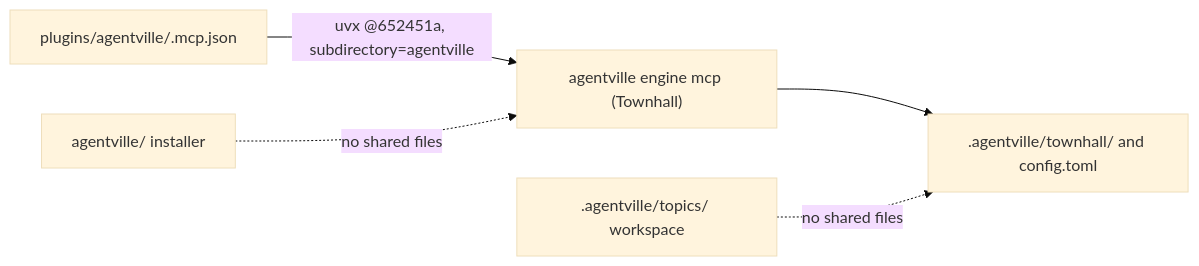
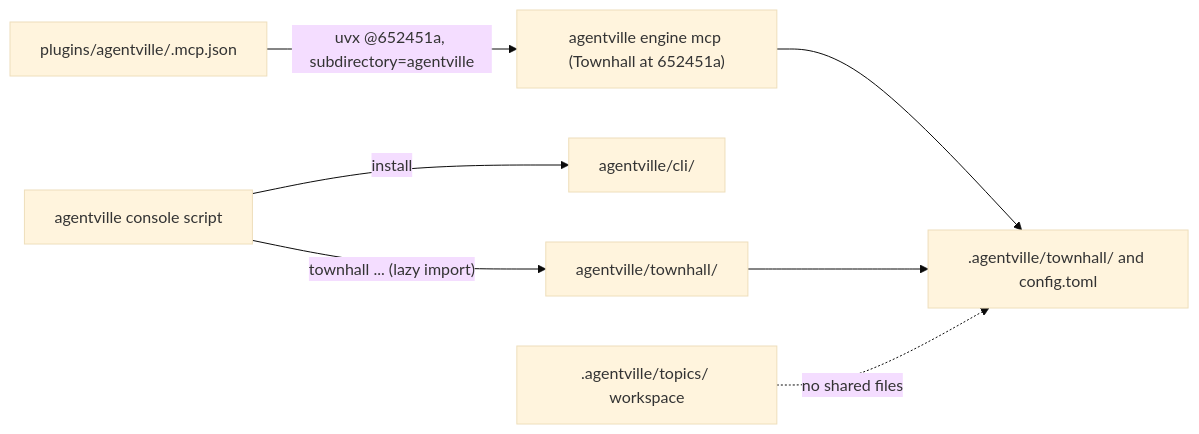
One commit to minhphamdonhat/Agentville changed the diagram in .agentville/pr/20/PR_BODY.md. Above: the diagram before and after it, drawn with Mermaid (base theme). The commit also changed other lines of this file and 5 other files, not shown here.

Commit message:
docs(pr): describe the agentville/townhall layout in PR #20

````diff
--- a/.agentville/pr/20/PR_BODY.md
+++ b/.agentville/pr/20/PR_BODY.md
@@ -47,9 +37,11 @@
 ```mermaid
 flowchart LR
   accTitle: Townhall launch path and boundaries
-  accDescr: The plugin's .mcp.json runs uvx at commit 652451a with subdirectory agentville, which starts the Townhall MCP server. The server reads and writes .agentville/townhall/ and config.toml. The installer and the workspace share no files with Townhall.
-  mcp["plugins/agentville/.mcp.json"] -->|"uvx @652451a, subdirectory=agentville"| server["agentville engine mcp (Townhall)"]
+  accDescr: The plugin's .mcp.json runs uvx at commit 652451a with subdirectory agentville and agentville engine mcp, which starts the Townhall MCP server. At HEAD the agentville console script runs the installer, and agentville townhall loads Townhall lazily. Townhall reads and writes .agentville/townhall/ and config.toml; the workspace shares no files with it.
+  mcp["plugins/agentville/.mcp.json"] -->|"uvx @652451a, subdirectory=agentville"| server["agentville engine mcp (Townhall at 652451a)"]
+  cli["agentville console script"] -->|"install"| installer["agentville/cli/"]
+  cli -->|"townhall ... (lazy import)"| th["agentville/townhall/"]
   server --> boards[".agentville/townhall/ and config.toml"]
-  installer["agentville/ installer"] -.->|"no shared files"| server
+  th --> boards
   workspace[".agentville/topics/ workspace"] -.->|"no shared files"| boards
 ```
````
